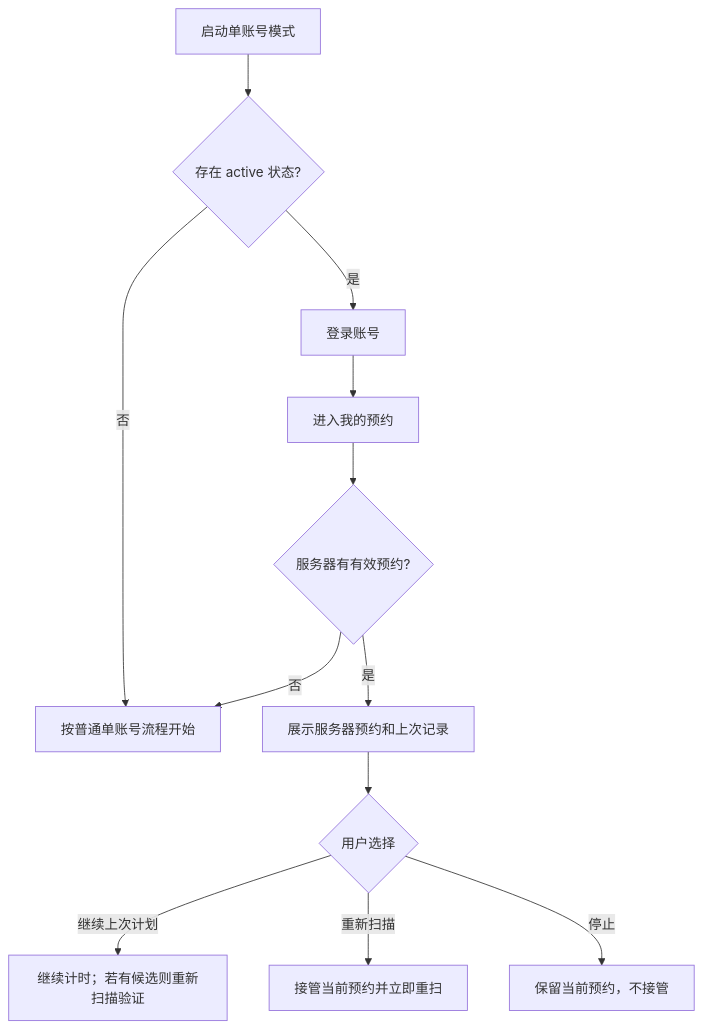
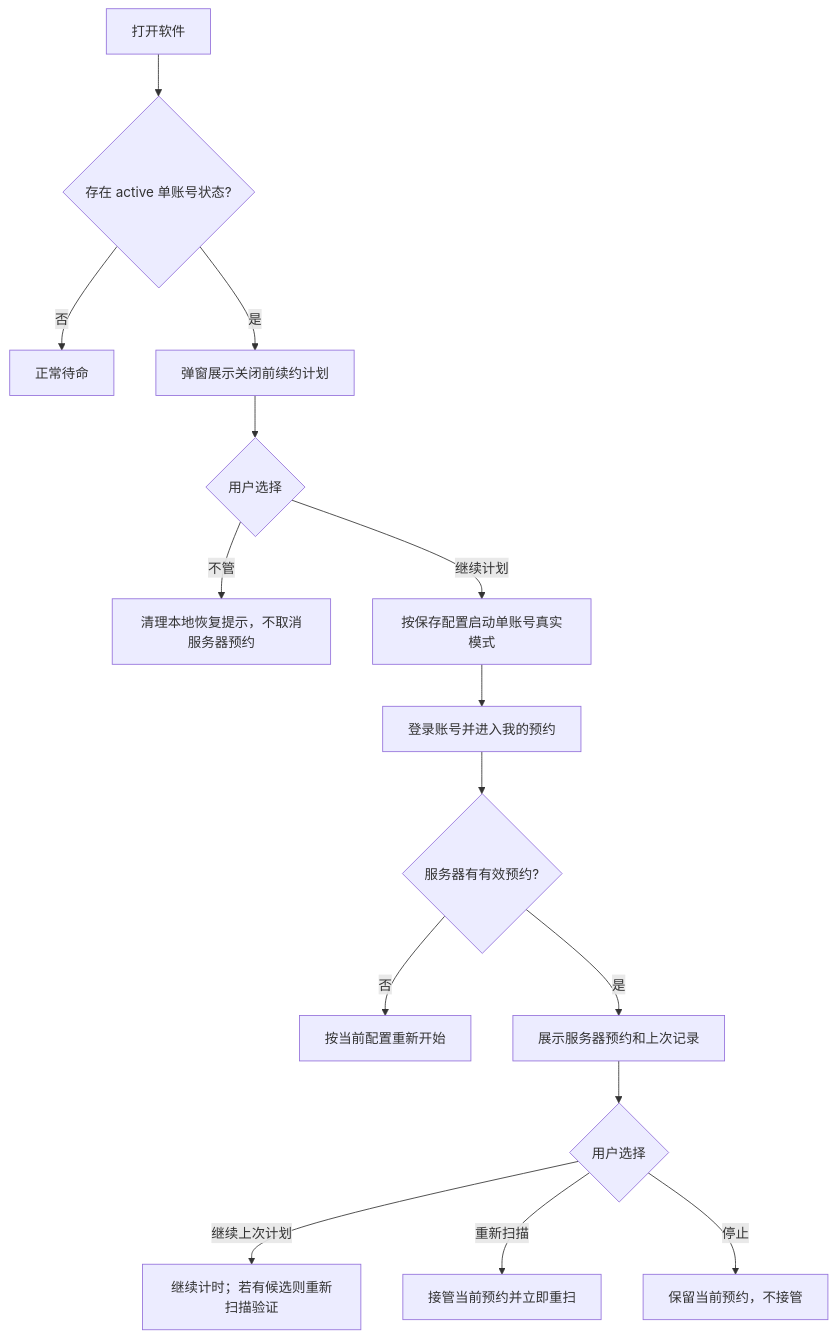
One commit to LiuDaCheng666/LNU-LibSeat changed the fourth of 4 diagrams in docs/FLOWS.md. Above: the diagram before and after it, drawn with Mermaid. The commit also changed other lines of this file and 18 other files, not shown here.

````diff
--- a/docs/FLOWS.md
+++ b/docs/FLOWS.md
@@ -71,14 +72,17 @@
 ```mermaid
 flowchart TD
-    A["启动单账号模式"] --> B{"存在 active 状态?"}
-    B -- "否" --> C["按普通单账号流程开始"]
-    B -- "是" --> D["登录账号"]
-    D --> E["进入我的预约"]
-    E --> F{"服务器有有效预约?"}
-    F -- "否" --> C
-    F -- "是" --> G["展示服务器预约和上次记录"]
-    G --> H{"用户选择"}
-    H -- "继续上次计划" --> I["继续计时；若有候选则重新扫描验证"]
-    H -- "重新扫描" --> J["接管当前预约并立即重扫"]
-    H -- "停止" --> K["保留当前预约，不接管"]
+    A["打开软件"] --> B{"存在 active 单账号状态?"}
+    B -- "否" --> C["正常待命"]
+    B -- "是" --> D["弹窗展示关闭前续约计划"]
+    D --> E{"用户选择"}
+    E -- "不管" --> F["清理本地恢复提示，不取消服务器预约"]
+    E -- "继续计划" --> G["按保存配置启动单账号真实模式"]
+    G --> H["登录账号并进入我的预约"]
+    H --> I{"服务器有有效预约?"}
+    I -- "否" --> J["按当前配置重新开始"]
+    I -- "是" --> K["展示服务器预约和上次记录"]
+    K --> L{"用户选择"}
+    L -- "继续上次计划" --> M["继续计时；若有候选则重新扫描验证"]
+    L -- "重新扫描" --> N["接管当前预约并立即重扫"]
+    L -- "停止" --> O["保留当前预约，不接管"]
 ```
````
